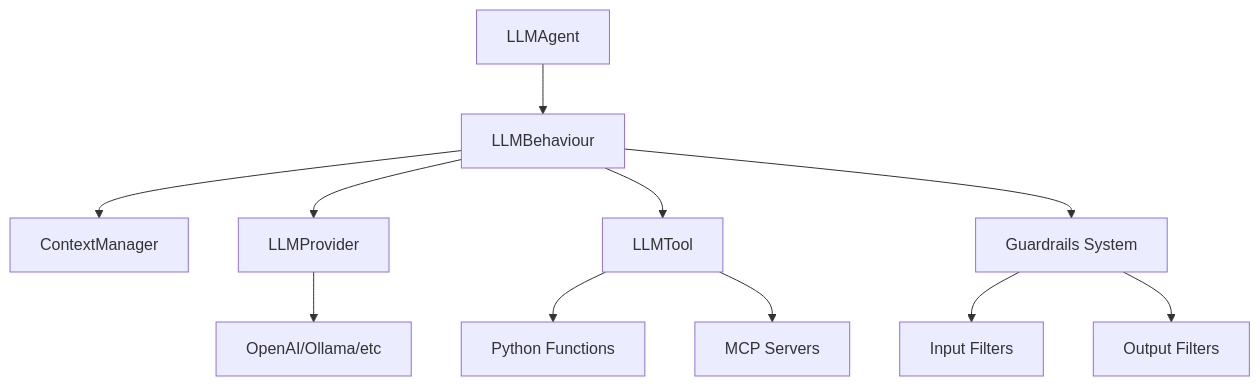
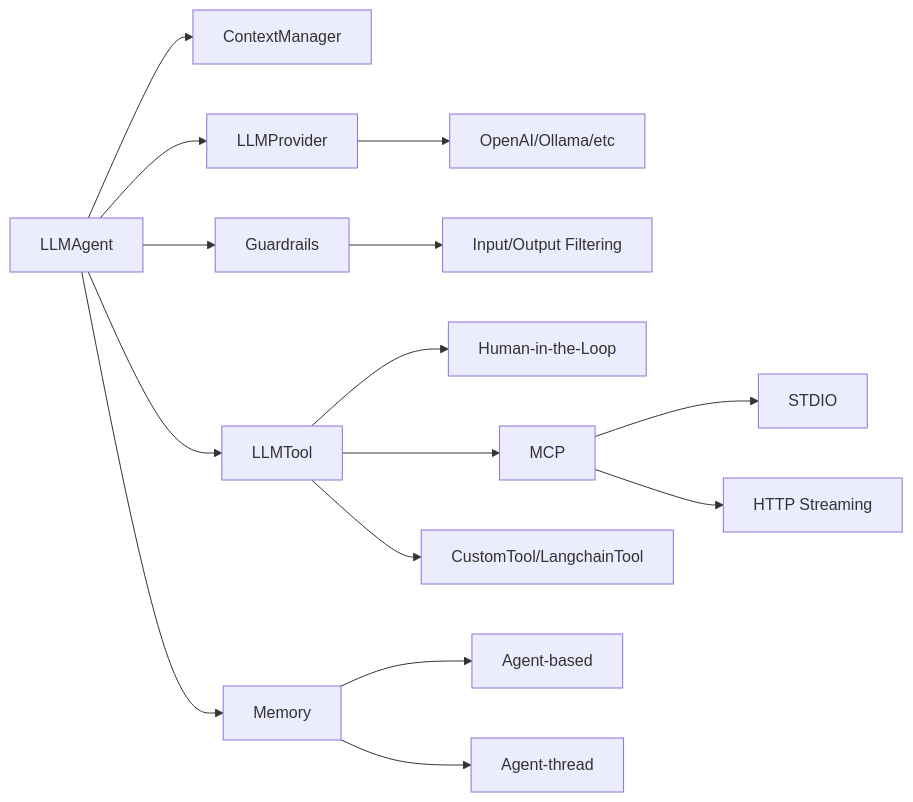
The diagram in docs/docs/index.md (sosanzma/spade_llm), drawn with Mermaid before and after one commit. The commit also changed 5 other files, not shown here.

````diff
--- a/docs/docs/index.md
+++ b/docs/docs/index.md
@@ -47,14 +22,17 @@
 ```mermaid
-graph TB
-    A[LLMAgent] --> B[LLMBehaviour]
-    B --> C[ContextManager]
-    B --> D[LLMProvider]
-    B --> E[LLMTool]
-    B --> I[Guardrails System]
-    
+graph LR
+    A[LLMAgent] --> C[ContextManager]
+    A --> D[LLMProvider]
+    A --> E[LLMTool]
+    A --> G[Guardrails]
+    A --> M[Memory]
     D --> F[OpenAI/Ollama/etc]
-    E --> G[Python Functions]
-    E --> H[MCP Servers]
-    I --> J[Input Filters]
-    I --> K[Output Filters]
+    G --> H[Input/Output Filtering]
+    E --> I[Human-in-the-Loop]
+    E --> J[MCP]
+    E --> P[CustomTool/LangchainTool]
+    J --> K[STDIO]
+    J --> L[HTTP Streaming]
+    M --> N[Agent-based]
+    M --> O[Agent-thread]
 ```
````
